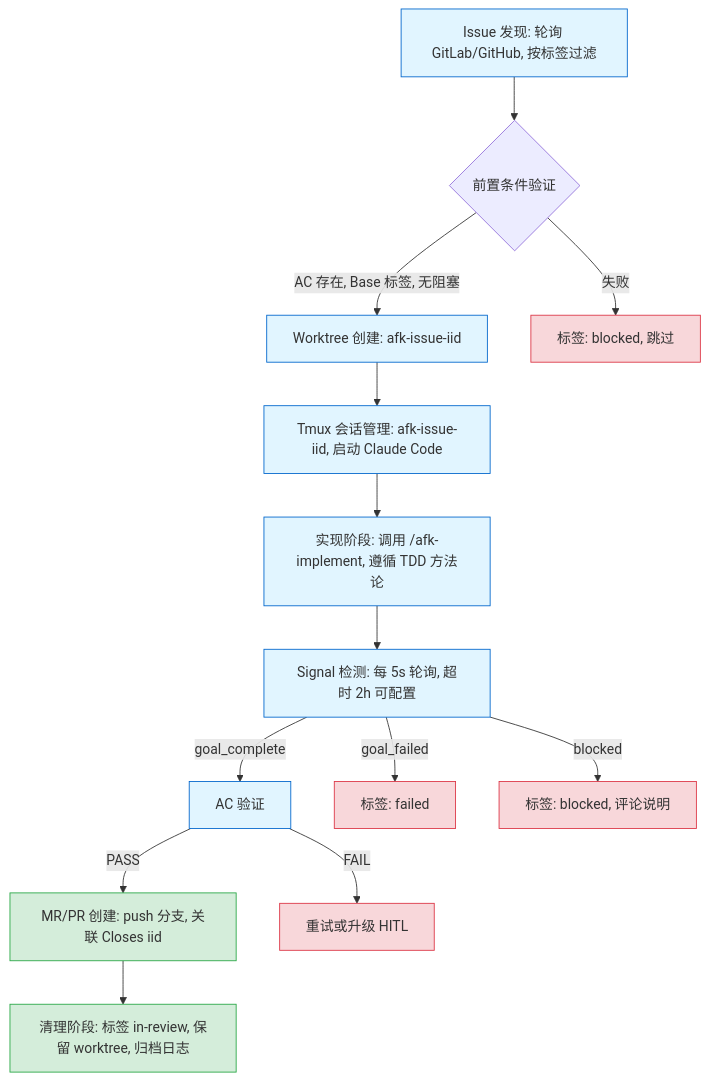
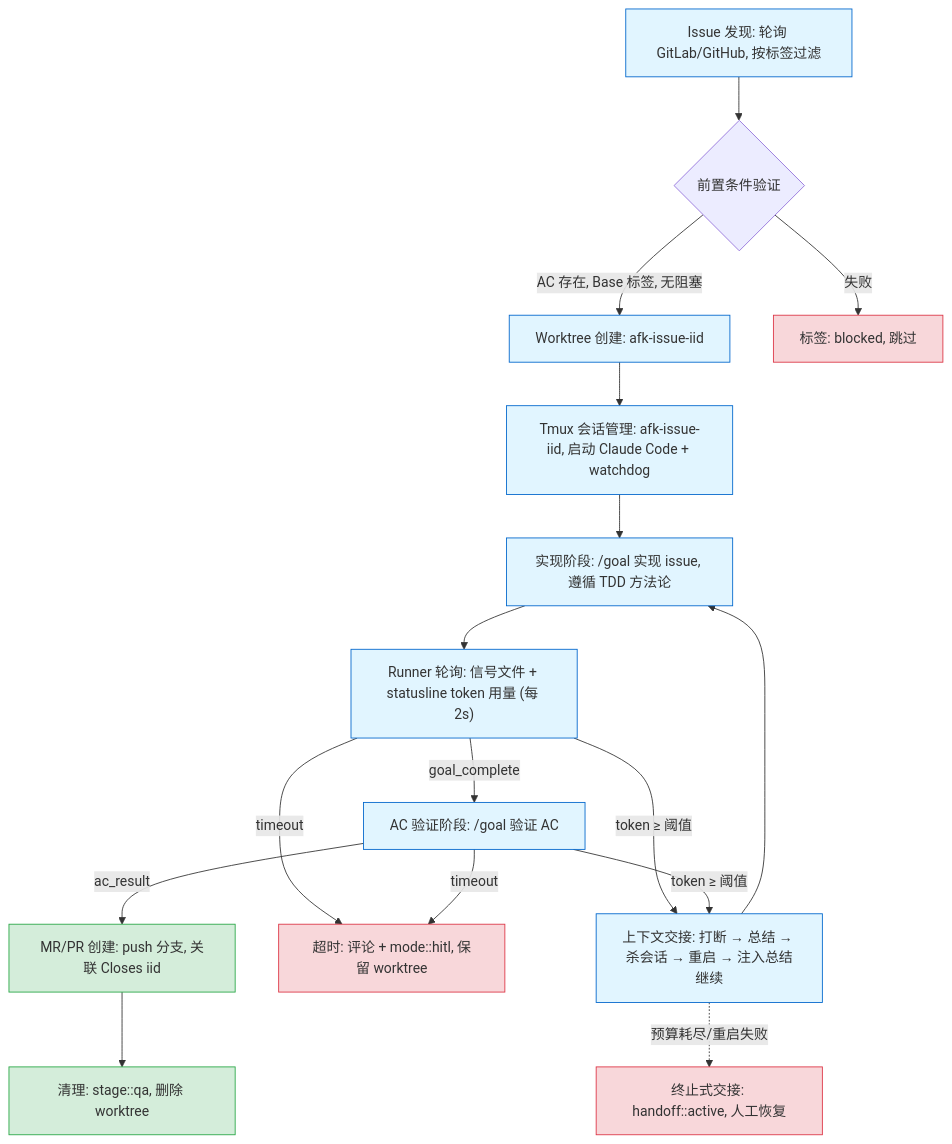
Before and after one commit to easyhaloo/afk: the first of 9 diagrams in docs/WORKFLOWS.md, drawn with Mermaid. The commit also changed other lines of this file and 5 other files, not shown here.

````diff
--- a/docs/WORKFLOWS.md
+++ b/docs/WORKFLOWS.md
@@ -51,27 +51,31 @@
 ```mermaid
 flowchart TD
     A["Issue 发现: 轮询 GitLab/GitHub, 按标签过滤"] --> B{"前置条件验证"}
     B -->|"AC 存在, Base 标签, 无阻塞"| C["Worktree 创建: afk-issue-iid"]
     B -->|失败| Z1["标签: blocked, 跳过"]
 
-    C --> D["Tmux 会话管理: afk-issue-iid, 启动 Claude Code"]
-    D --> E["实现阶段: 调用 /afk-implement, 遵循 TDD 方法论"]
-    E --> F["Signal 检测: 每 5s 轮询, 超时 2h 可配置"]
+    C --> D["Tmux 会话管理: afk-issue-iid, 启动 Claude Code + watchdog"]
+    D --> E["实现阶段: /goal 实现 issue, 遵循 TDD 方法论"]
+    E --> F["Runner 轮询: 信号文件 + statusline token 用量 (每 2s)"]
 
-    F -->|goal_complete| G[AC 验证]
-    F -->|goal_failed| Z2["标签: failed"]
-    F -->|blocked| Z3["标签: blocked, 评论说明"]
+    F -->|goal_complete| G["AC 验证阶段: /goal 验证 AC"]
+    F -->|"token ≥ 阈值"| H["上下文交接: 打断 → 总结 → 杀会话 → 重启 → 注入总结继续"]
+    F -->|timeout| Z2["超时: 评论 + mode::hitl, 保留 worktree"]
 
-    G -->|PASS| H["MR/PR 创建: push 分支, 关联 Closes iid"]
-    G -->|FAIL| Z4[重试或升级 HITL]
+    G -->|ac_result| I["MR/PR 创建: push 分支, 关联 Closes iid"]
+    G -->|"token ≥ 阈值"| H
+    G -->|timeout| Z2
 
-    H --> I["清理阶段: 标签 in-review, 保留 worktree, 归档日志"]
+    H --> E
+    H -.->|"预算耗尽/重启失败"| Z3["终止式交接: handoff::active, 人工恢复"]
+
+    I --> J["清理: stage::qa, 删除 worktree"]
 
     classDef success fill:#d4edda,stroke:#28a745
     classDef fail fill:#f8d7da,stroke:#dc3545
     classDef process fill:#e1f5ff,stroke:#0066cc
 
-    class H,I success
-    class Z1,Z2,Z3,Z4 fail
-    class A,C,D,E,F,G process
+    class I,J success
+    class Z1,Z2,Z3 fail
+    class A,C,D,E,F,G,H process
 ```
````
